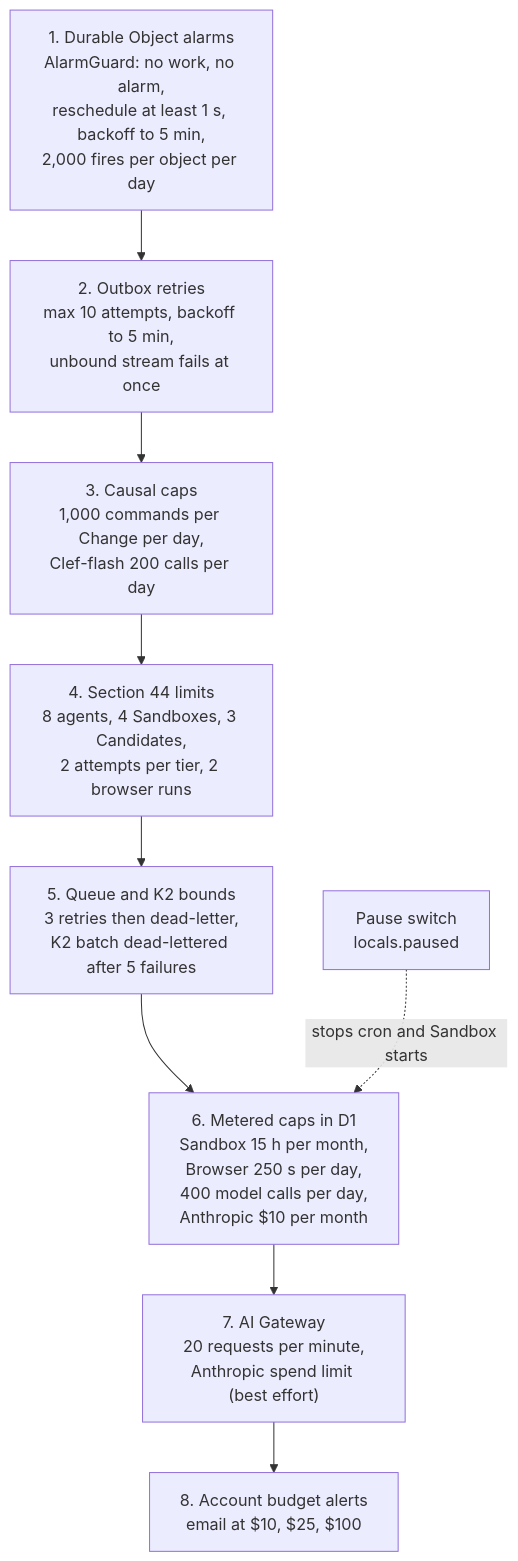
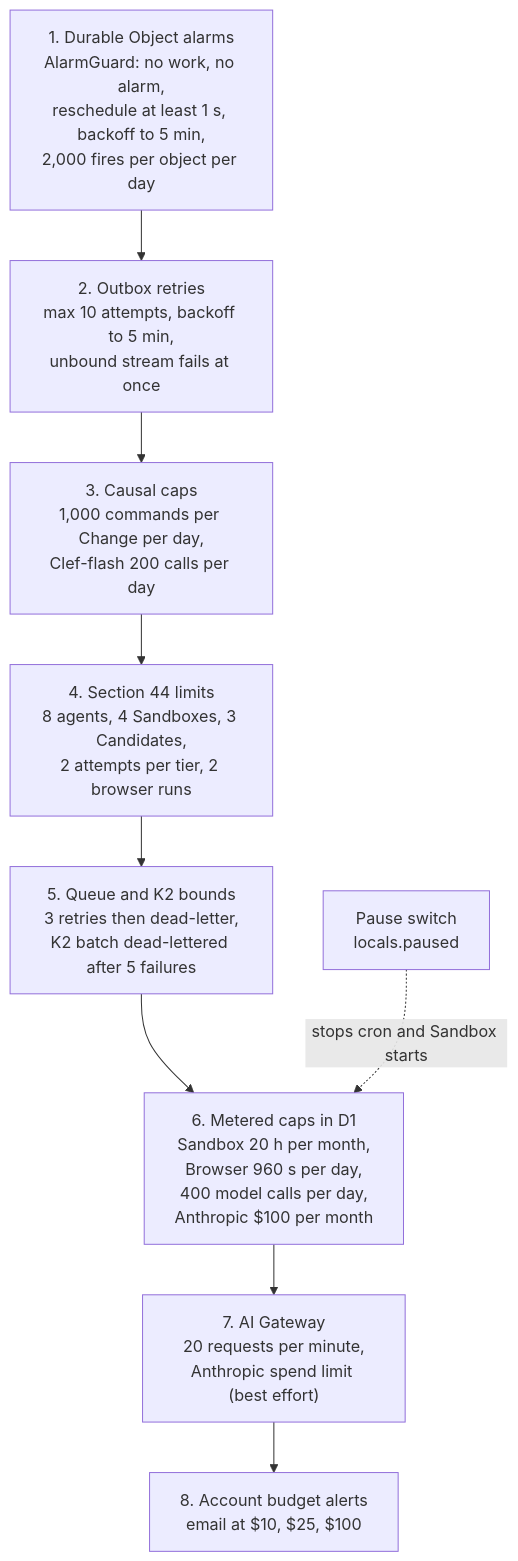
The fifth of 6 diagrams in docs/architecture/infrastructure-and-cost.md (nsudhanva/rhumbatron), drawn with Mermaid before and after one commit. The commit also changed other lines of this file and 21 other files, not shown here.

Commit message:
feat(terraform): raise prod caps to 80% of the included allowance and anthropic to 100 usd

````diff
--- a/docs/architecture/infrastructure-and-cost.md
+++ b/docs/architecture/infrastructure-and-cost.md
@@ -127,14 +127,14 @@
 ```mermaid
 flowchart TB
   L1["1. Durable Object alarms<br/>AlarmGuard: no work, no alarm,<br/>reschedule at least 1 s, backoff to 5 min,<br/>2,000 fires per object per day"]
   L2["2. Outbox retries<br/>max 10 attempts, backoff to 5 min,<br/>unbound stream fails at once"]
   L3["3. Causal caps<br/>1,000 commands per Change per day,<br/>Clef-flash 200 calls per day"]
   L4["4. Section 44 limits<br/>8 agents, 4 Sandboxes, 3 Candidates,<br/>2 attempts per tier, 2 browser runs"]
   L5["5. Queue and K2 bounds<br/>3 retries then dead-letter,<br/>K2 batch dead-lettered after 5 failures"]
-  L6["6. Metered caps in D1<br/>Sandbox 15 h per month,<br/>Browser 250 s per day,<br/>400 model calls per day,<br/>Anthropic $10 per month"]
+  L6["6. Metered caps in D1<br/>Sandbox 20 h per month,<br/>Browser 960 s per day,<br/>400 model calls per day,<br/>Anthropic $100 per month"]
   L7["7. AI Gateway<br/>20 requests per minute,<br/>Anthropic spend limit (best effort)"]
   L8["8. Account budget alerts<br/>email at $10, $25, $100"]
   L9["Pause switch<br/>locals.paused"]
   L1 --> L2 --> L3 --> L4 --> L5 --> L6 --> L7 --> L8
   L9 -.->|"stops cron and Sandbox starts"| L6
 ```
````
